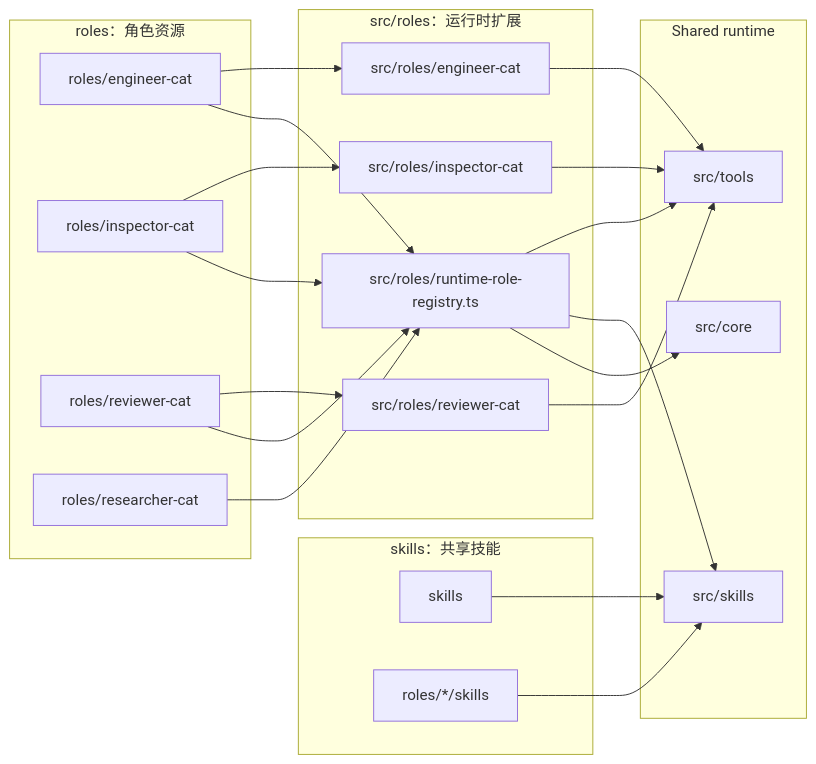
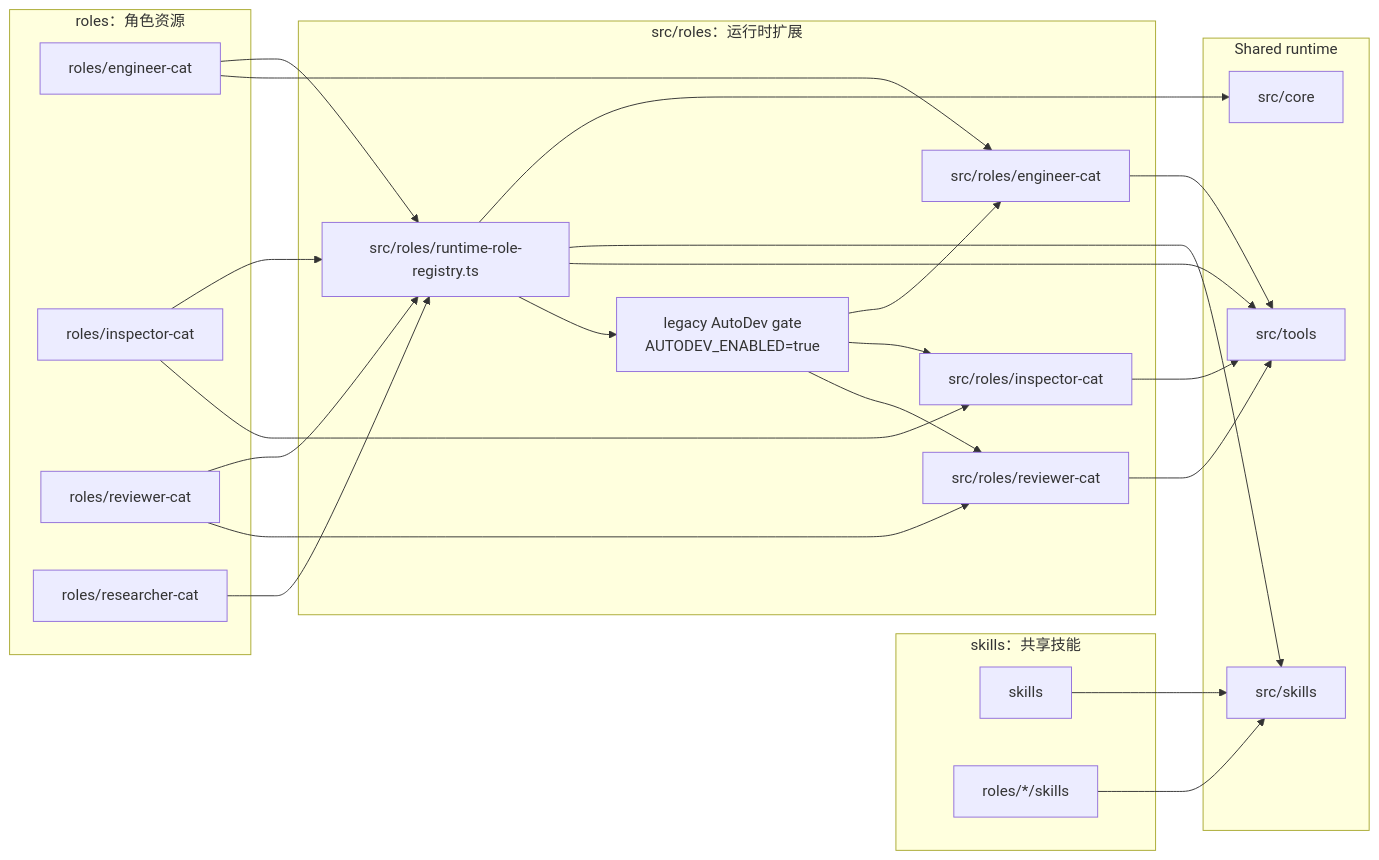
One commit to fightheyyy/XiaoBa-CLI changed the first of 2 diagrams in roles/SPEC.md. Above: the diagram before and after it, drawn with Mermaid. The commit also changed other lines of this file and 13 other files, not shown here.

Commit message:
Disable AutoDev runtime by default

````diff
--- a/roles/SPEC.md
+++ b/roles/SPEC.md
@@ -47,43 +47,48 @@
 ```mermaid
 flowchart LR
     subgraph RoleDocs["roles：角色资源"]
         Engineer["roles/engineer-cat"]
         Inspector["roles/inspector-cat"]
         Reviewer["roles/reviewer-cat"]
         Researcher["roles/researcher-cat"]
     end
 
     subgraph SkillDocs["skills：共享技能"]
         SharedSkills["skills"]
         RoleSkills["roles/*/skills"]
     end
 
     subgraph Runtime["src/roles：运行时扩展"]
         Registry["src/roles/runtime-role-registry.ts"]
+        AutoDevGate["legacy AutoDev gate<br/>AUTODEV_ENABLED=true"]
         EngineerRuntime["src/roles/engineer-cat"]
         InspectorRuntime["src/roles/inspector-cat"]
         ReviewerRuntime["src/roles/reviewer-cat"]
     end
 
     subgraph Shared["Shared runtime"]
         Core["src/core"]
         SkillRuntime["src/skills"]
         Tools["src/tools"]
     end
 
     Engineer --> Registry
     Inspector --> Registry
     Reviewer --> Registry
     Researcher --> Registry
     SharedSkills --> SkillRuntime
     RoleSkills --> SkillRuntime
     Registry --> Core
     Registry --> SkillRuntime
     Registry --> Tools
+    Registry --> AutoDevGate
     Engineer --> EngineerRuntime
     Inspector --> InspectorRuntime
     Reviewer --> ReviewerRuntime
+    AutoDevGate --> EngineerRuntime
+    AutoDevGate --> InspectorRuntime
+    AutoDevGate --> ReviewerRuntime
     EngineerRuntime --> Tools
     InspectorRuntime --> Tools
     ReviewerRuntime --> Tools
 ```
````
